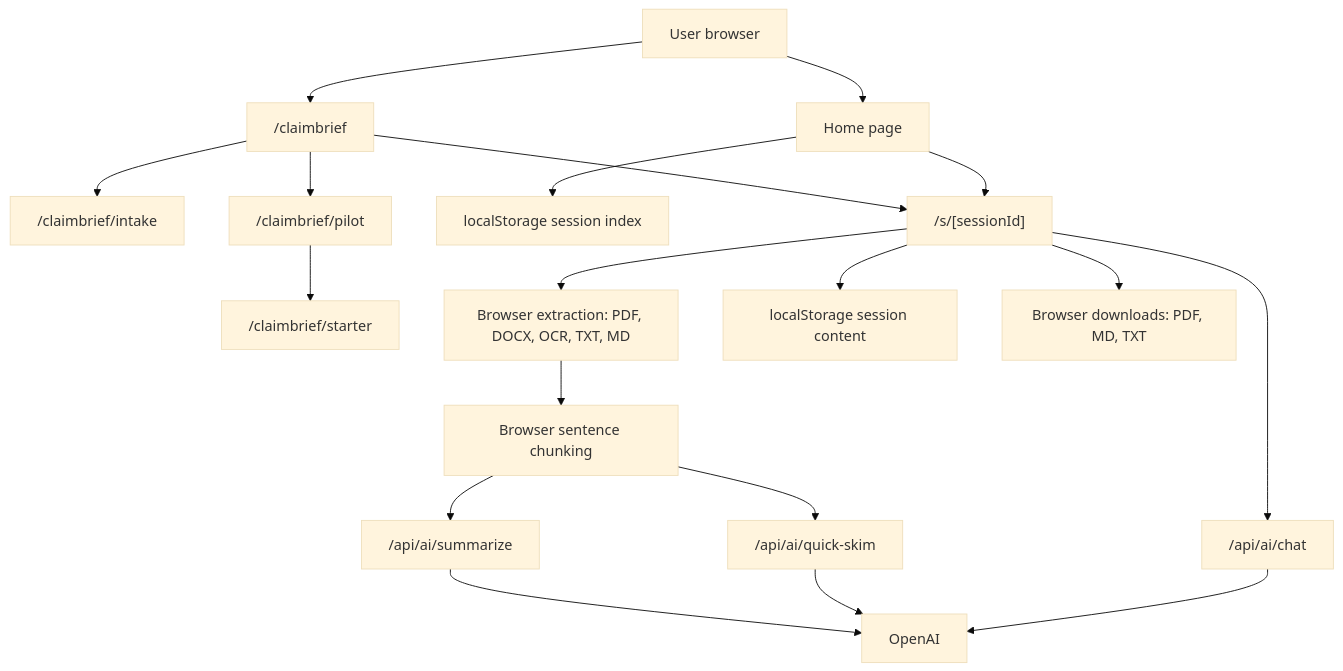
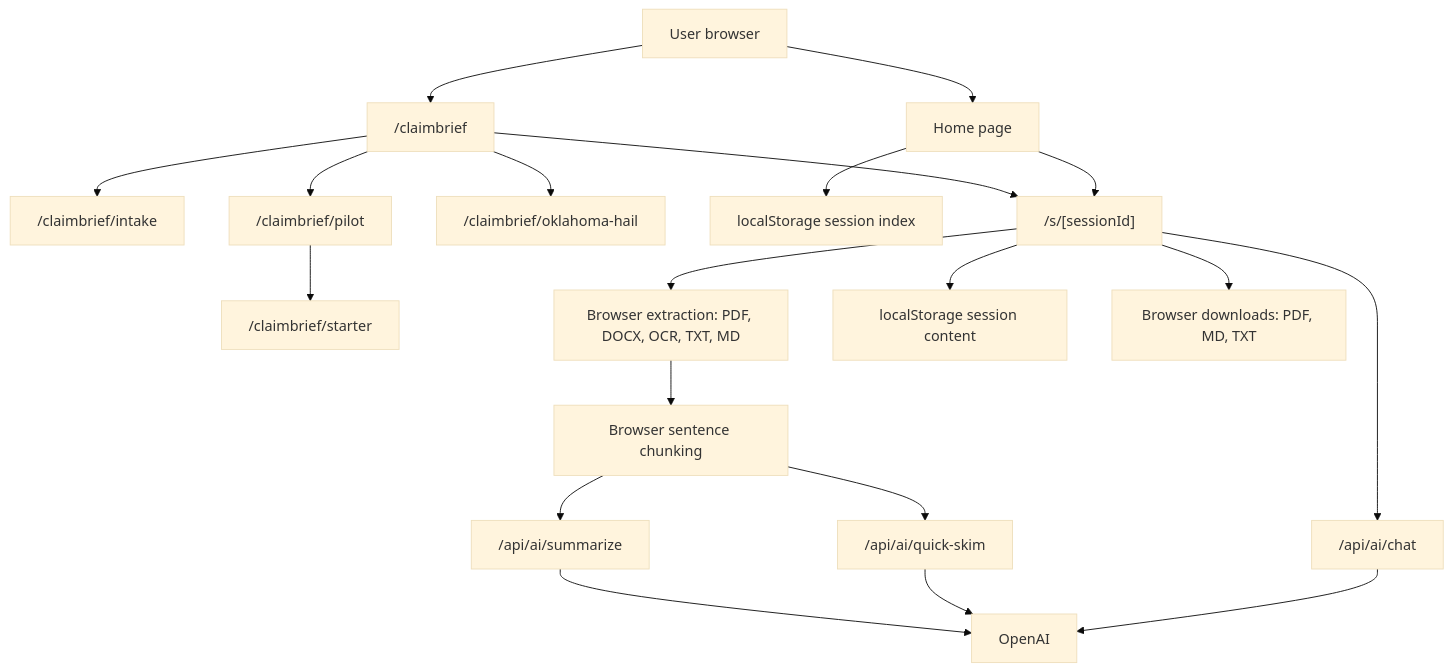
The diagram in docs/ARCHITECTURE.md (sandip-pathe/arin), drawn with Mermaid (base theme) before and after one commit. The commit also changed other lines of this file and 11 other files, not shown here.

Commit message:
feat: add Oklahoma hail ClaimBrief page

````diff
--- a/docs/ARCHITECTURE.md
+++ b/docs/ARCHITECTURE.md
@@ -7,21 +7,22 @@
 ```mermaid
 flowchart TD
   User["User browser"] --> Home["Home page"]
   User --> ClaimBrief["/claimbrief"]
   ClaimBrief --> Intake["/claimbrief/intake"]
   ClaimBrief --> Pilot["/claimbrief/pilot"]
+  ClaimBrief --> Oklahoma["/claimbrief/oklahoma-hail"]
   Pilot --> Starter["/claimbrief/starter"]
   Home --> LocalIndex["localStorage session index"]
   ClaimBrief --> Session
   Home --> Session["/s/[sessionId]"]
   Session --> Extraction["Browser extraction: PDF, DOCX, OCR, TXT, MD"]
   Extraction --> Chunking["Browser sentence chunking"]
   Chunking --> SummaryApi["/api/ai/summarize"]
   Chunking --> SkimApi["/api/ai/quick-skim"]
   Session --> ChatApi["/api/ai/chat"]
   SummaryApi --> OpenAI["OpenAI"]
   SkimApi --> OpenAI
   ChatApi --> OpenAI
   Session --> LocalContent["localStorage session content"]
   Session --> Exports["Browser downloads: PDF, MD, TXT"]
 ```
````
